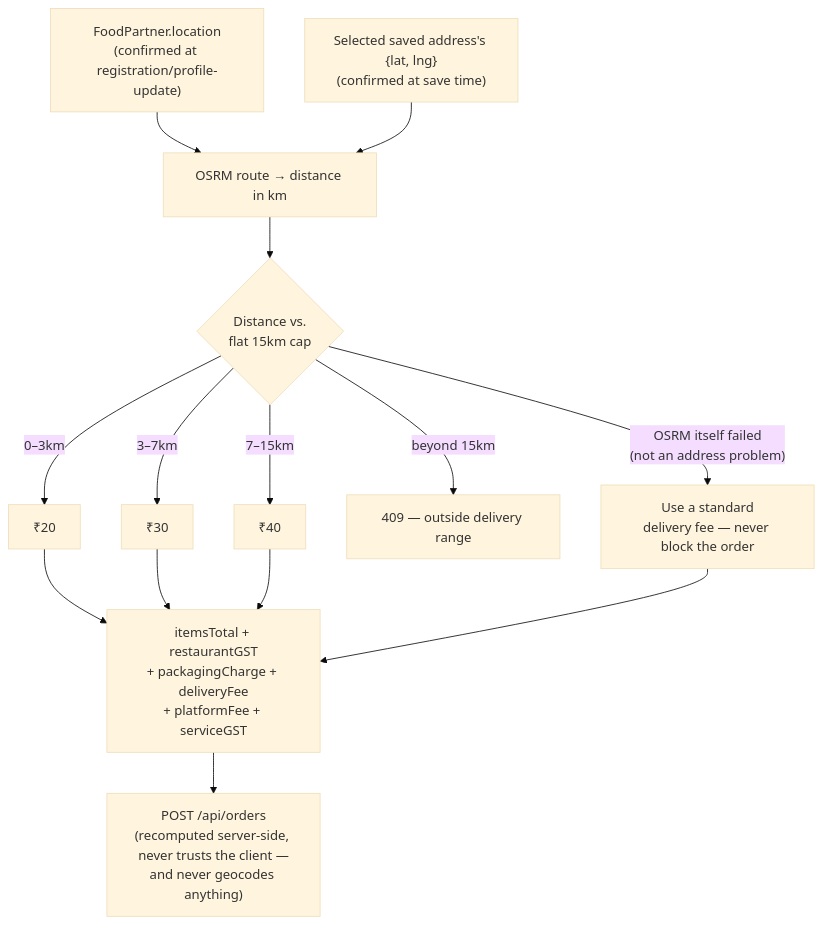
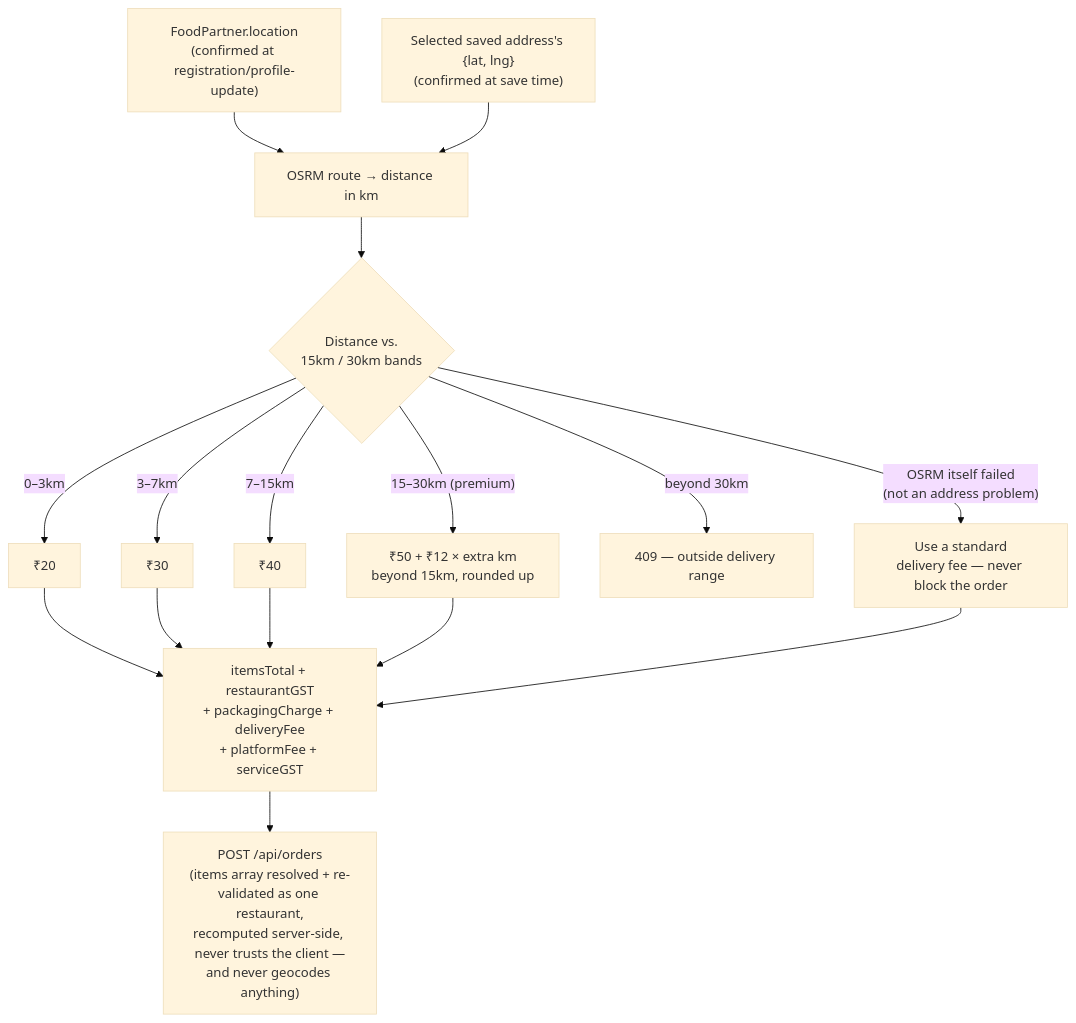
One commit to titoo9201/ZomaFeeds changed the sixth of 7 diagrams in README.md. Above: the diagram before and after it, drawn with Mermaid (base theme). The commit also changed other lines of this file, not shown here.

````diff
--- a/README.md
+++ b/README.md
@@ -399,13 +422,14 @@
 ```mermaid
 flowchart TD
     Pickup["FoodPartner.location<br/>(confirmed at registration/profile-update)"] --> Route["OSRM route → distance in km"]
     Drop["Selected saved address's {lat, lng}<br/>(confirmed at save time)"] --> Route
-    Route --> Slab{"Distance vs.<br/>flat 15km cap"}
+    Route --> Slab{"Distance vs.<br/>15km / 30km bands"}
     Slab -->|"0–3km"| Fee20["₹20"]
     Slab -->|"3–7km"| Fee30["₹30"]
     Slab -->|"7–15km"| Fee40["₹40"]
-    Slab -->|"beyond 15km"| Reject["409 — outside delivery range"]
+    Slab -->|"15–30km (premium)"| FeePremium["₹50 + ₹12 × extra km<br/>beyond 15km, rounded up"]
+    Slab -->|"beyond 30km"| Reject["409 — outside delivery range"]
     Slab -->|"OSRM itself failed<br/>(not an address problem)"| Default["Use a standard<br/>delivery fee — never block the order"]
-    Fee20 & Fee30 & Fee40 & Default --> Bill["itemsTotal + restaurantGST<br/>+ packagingCharge + deliveryFee<br/>+ platformFee + serviceGST"]
-    Bill --> PlaceOrder["POST /api/orders<br/>(recomputed server-side, never trusts the client —<br/>and never geocodes anything)"]
+    Fee20 & Fee30 & Fee40 & FeePremium & Default --> Bill["itemsTotal + restaurantGST<br/>+ packagingCharge + deliveryFee<br/>+ platformFee + serviceGST"]
+    Bill --> PlaceOrder["POST /api/orders<br/>(items array resolved + re-validated as one restaurant,<br/>recomputed server-side, never trusts the client —<br/>and never geocodes anything)"]
 ```
````
